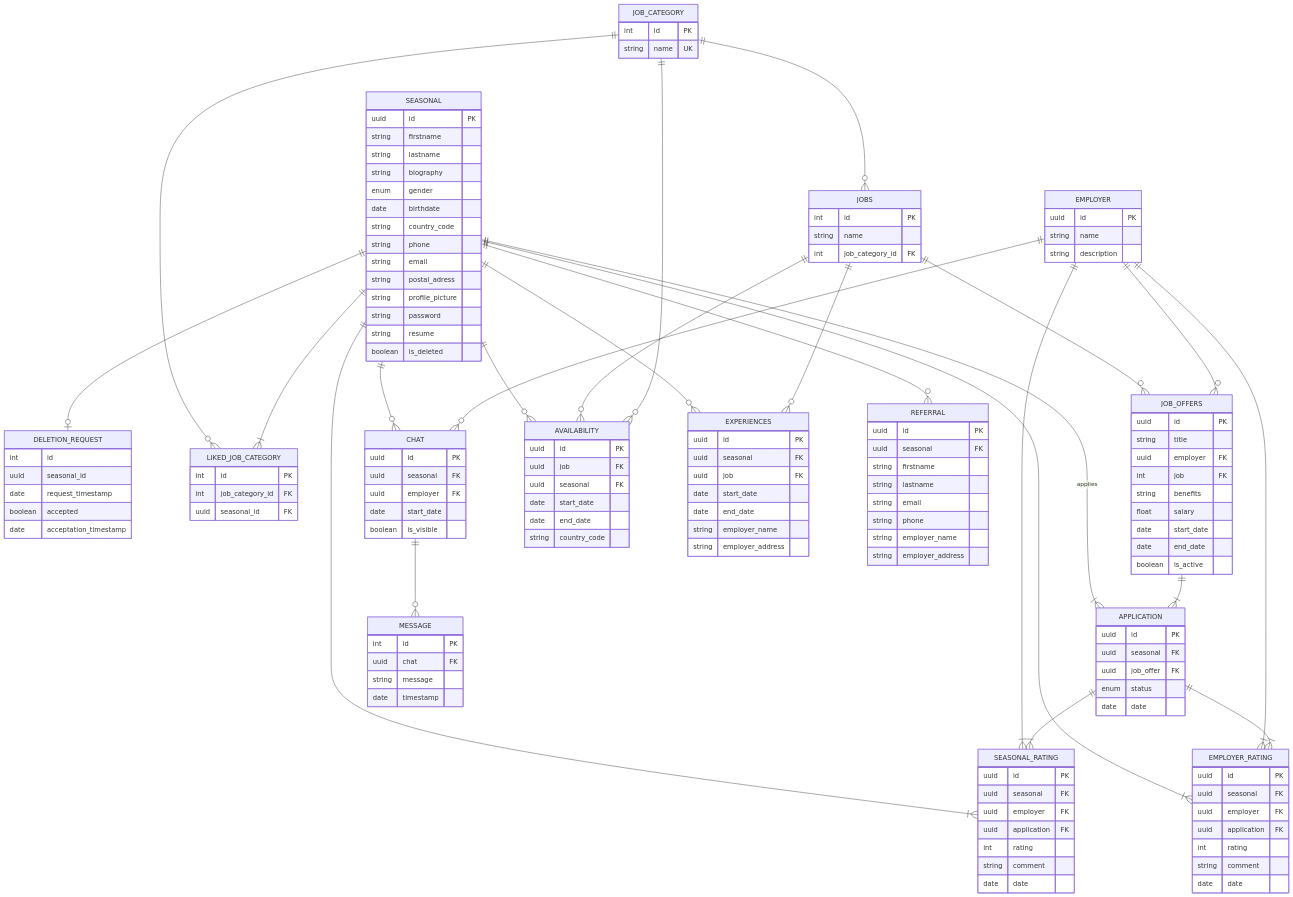
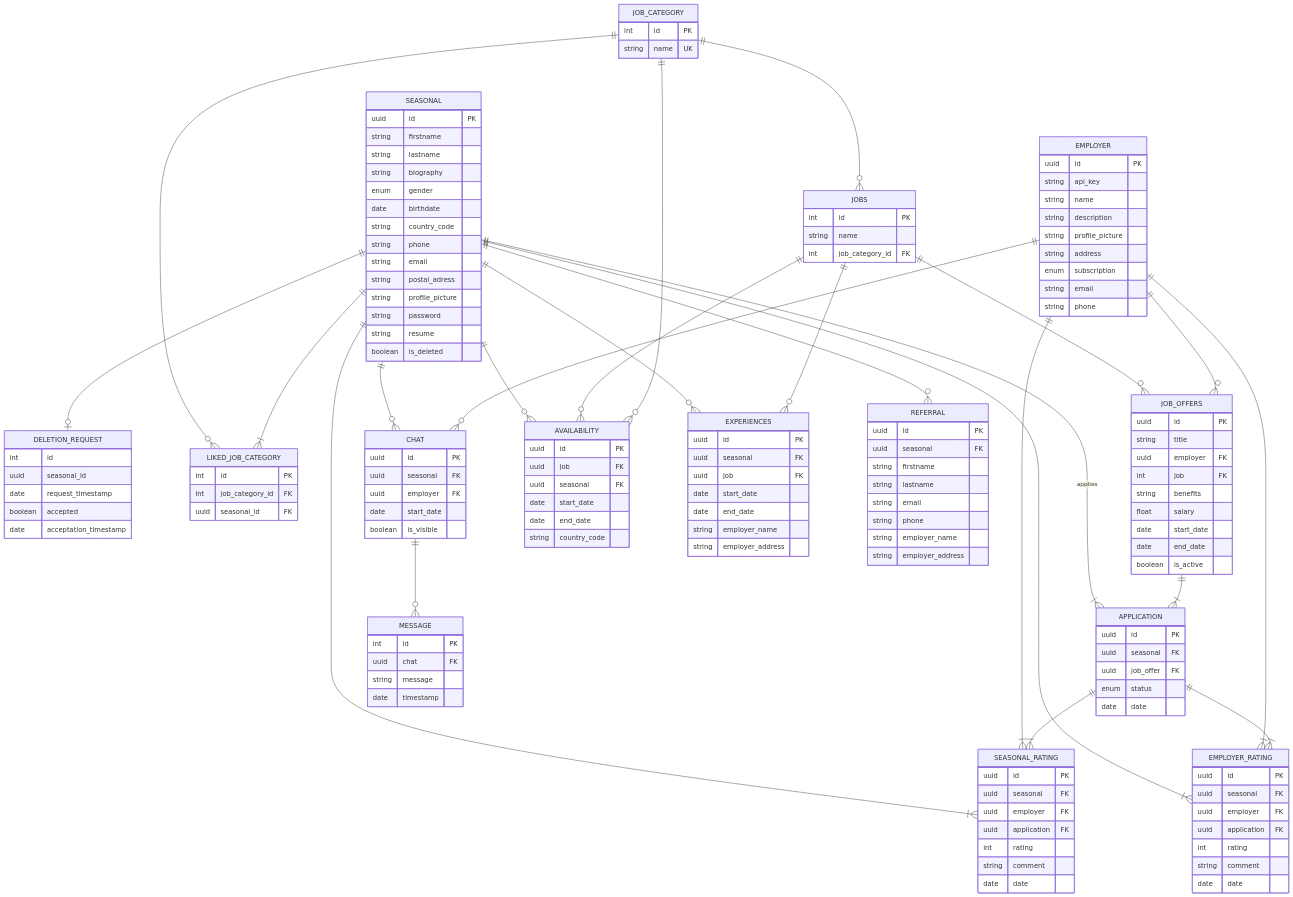
The diagram in docs/database.md (BioTheWolff/Jobwave), drawn with Mermaid before and after one commit. The commit also changed 1 other file, not shown here.

Commit message:
fix: update database.md and Architecture.md to take into account what employers are described by

```diff
--- a/docs/database.md
+++ b/docs/database.md
@@ -57,8 +57,14 @@
     
     EMPLOYER {
         uuid id PK
+        string api_key
         string name
         string description
+        string profile_picture
+        string address
+        enum subscription
+        string email
+        string phone
     }
     
     JOB_OFFERS {
```
